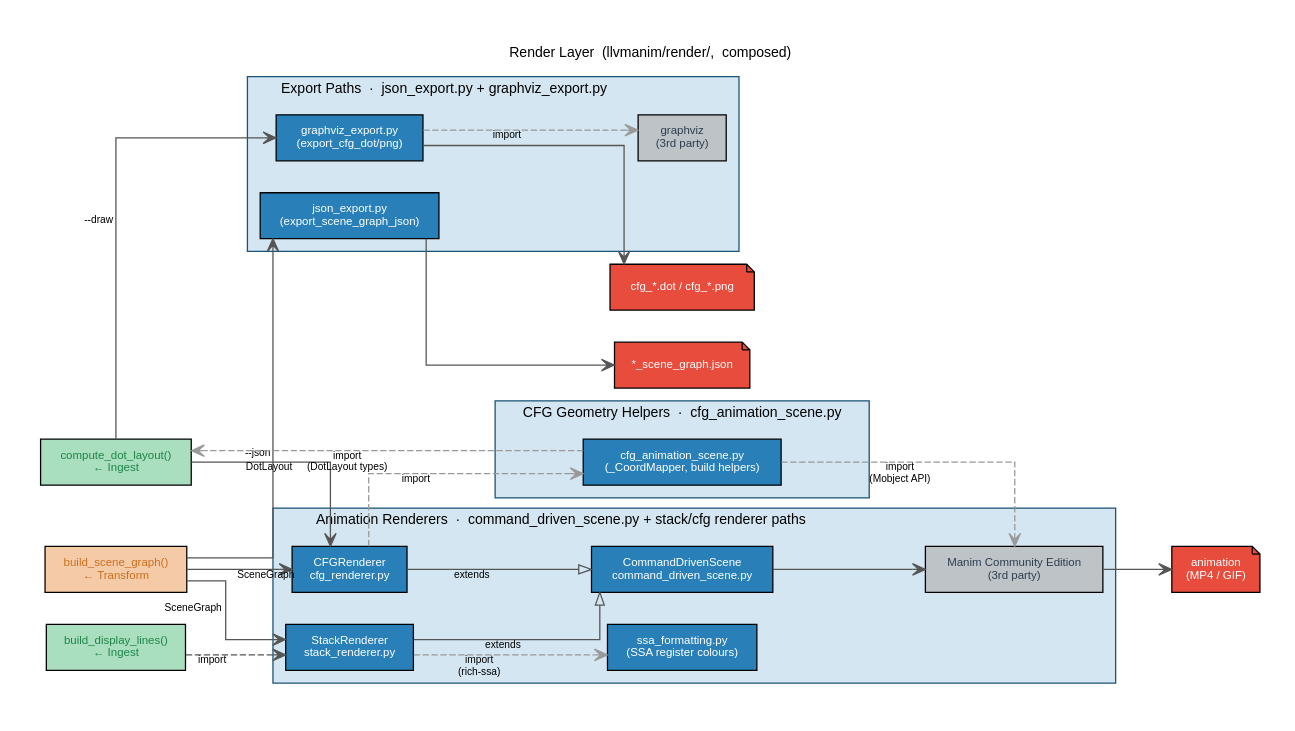
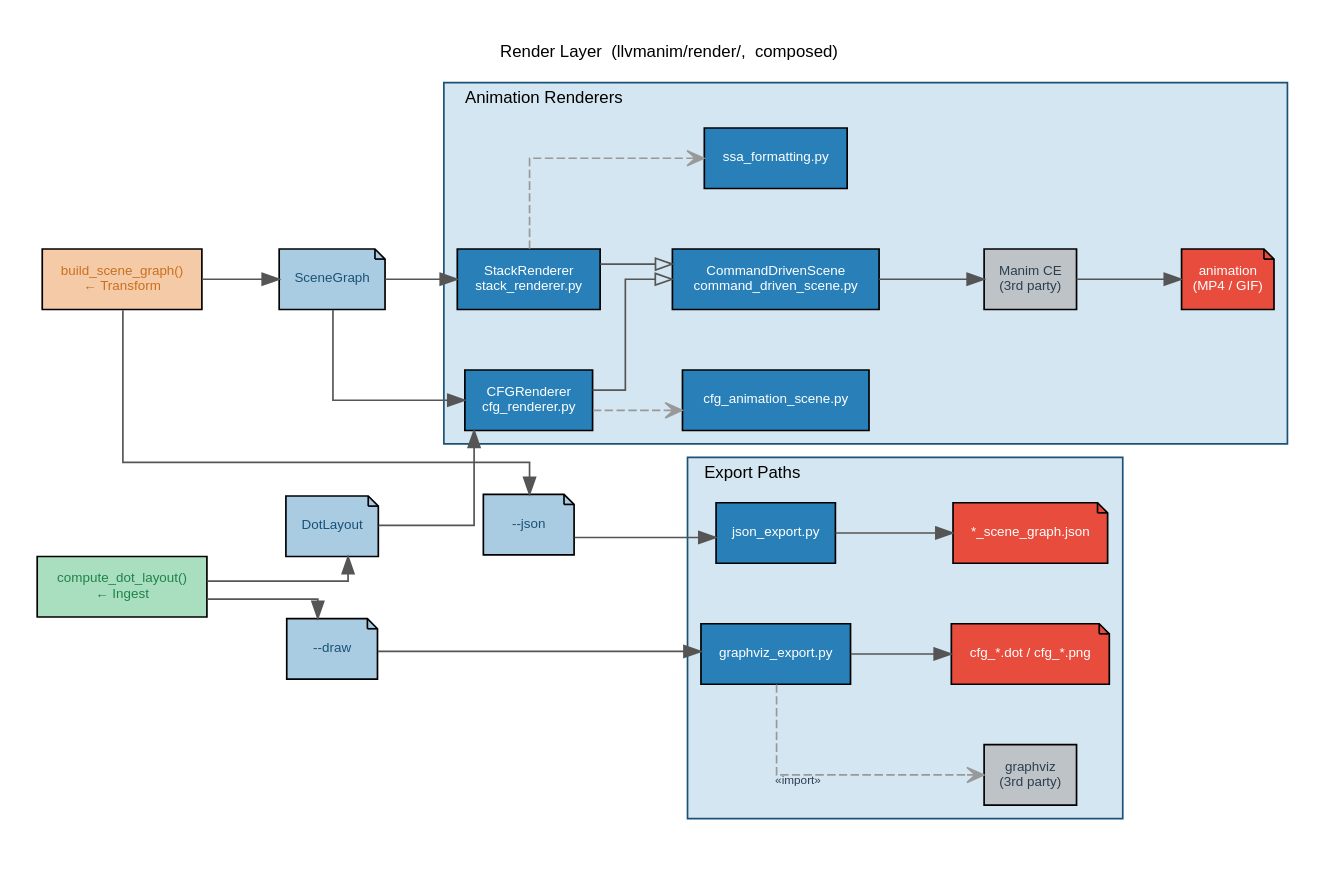
Before and after one commit to BenHoule/LLVManim: the diagram in docs/architecture/01_architecture_overview/01d_render_layer/dots/01d_render_layer.dot, drawn with Graphviz. The commit also changed 77 other files, not shown here.

First line of the commit message:
Add CLI dispatch architecture images

```diff
--- a/docs/architecture/01_architecture_overview/01d_render_layer/dots/01d_render_layer.dot
+++ b/docs/architecture/01_architecture_overview/01d_render_layer/dots/01d_render_layer.dot
@@ -1,124 +1,114 @@
 /**
  * 01d_render_layer.dot  (composed)
  *
  * Full Render layer detail. Composed from the three subgraphs:
  *
  *   01d1_animation_renderers.dot — animation renderer runtime and mode paths
  *   01d2_cfg_renderer.dot        — cfg_animation_scene.py detail
  *   01d3_export.dot              — JSON and DOT/PNG export paths
+ *
+ * Render:
+ *   dot -Tpdf 01d_render_layer.dot -o ../01d_render_layer.pdf
  */
 digraph render_layer {
     graph [
         rankdir  = LR
-        fontname = "Helvetica" fontsize = 11
+        fontname = "Helvetica" fontsize = 10
         label    = "Render Layer  (llvmanim/render/,  composed)"
         labelloc = t
         splines  = ortho
-        nodesep  = 0.35
-        ranksep  = 0.75
-        pad      = 0.3
+        nodesep  = 0.5
+        ranksep  = 0.6
+        pad      = 0.2
         bgcolor  = "white"
-        size     = "10.5,7.0"
-        ratio    = compress
     ]
-    node [fontname="Helvetica" fontsize=9 style=filled shape=box margin="0.12,0.06"]
-    edge [fontname="Helvetica" fontsize=8 arrowhead=open color="#555555"]
+    node [fontname="Helvetica" fontsize=8 style=filled shape=box margin="0.08,0.04"]
+    edge [fontname="Helvetica" fontsize=7 arrowhead=normal color="#555555"]
 
-    /* ── Shared ingest / transform stubs ────────────────────────── */
-    build_sg      [label="build_scene_graph()\n← Transform" fillcolor="#f5cba7" fontcolor="#ca6f1e"]
-    dot_layout    [label="compute_dot_layout()\n← Ingest"   fillcolor="#a9dfbf" fontcolor="#1e8449"]
-    display_lines [label="build_display_lines()\n← Ingest"  fillcolor="#a9dfbf" fontcolor="#1e8449"]
-
-    /* ── Outputs ─────────────────────────────────────────────────── */
-    out_anim [label="animation\n(MP4 / GIF)" fillcolor="#e74c3c" fontcolor="white" shape=note]
-    out_json [label="*_scene_graph.json" fillcolor="#e74c3c" fontcolor="white" shape=note]
-    out_dot  [label="cfg_*.dot / cfg_*.png" fillcolor="#e74c3c" fontcolor="white" shape=note]
+    /* ── Transform / Ingest stubs ───────────────────────────────── */
+    build_sg   [label="build_scene_graph()\n← Transform" fillcolor="#f5cba7" fontcolor="#ca6f1e"]
+    dot_layout [label="compute_dot_layout()\n← Ingest"   fillcolor="#a9dfbf" fontcolor="#1e8449"]
 
     /* ══════════════════════════════════════════════════════════════
        ANIMATION RENDERERS
        source: 01d1_animation_renderers.dot
     ══════════════════════════════════════════════════════════════ */
     subgraph cluster_animation_renderers {
 
-        label     = "Animation Renderers  ·  command_driven_scene.py + stack/cfg renderer paths"
+        label     = "Animation Renderers"
         style     = filled
         fillcolor = "#d4e6f1"
         color     = "#1a5276"
-        margin    = 10
+        margin    = 8
         labeljust = l
 
-        cmd_scene      [label="CommandDrivenScene\ncommand_driven_scene.py"
-                        fillcolor="#2980b9" fontcolor="white"]
         stack_renderer [label="StackRenderer\nstack_renderer.py"
                         fillcolor="#2980b9" fontcolor="white"]
         cfg_renderer   [label="CFGRenderer\ncfg_renderer.py"
                         fillcolor="#2980b9" fontcolor="white"]
-        ssa_fmt        [label="ssa_formatting.py\n(SSA register colours)"
+        ssa_fmt        [label="ssa_formatting.py"
                         fillcolor="#2980b9" fontcolor="white"]
-        manim_ce       [label="Manim Community Edition\n(3rd party)"
+        cfg_anim_scene [label="cfg_animation_scene.py"
+                        fillcolor="#2980b9" fontcolor="white"]
+        cmd_scene      [label="CommandDrivenScene\ncommand_driven_scene.py"
+                        fillcolor="#2980b9" fontcolor="white"]
+        manim_ce       [label="Manim CE\n(3rd party)"
                         fillcolor="#bdc3c7" fontcolor="#2c3e50"]
-    }
+        out_anim       [label="animation\n(MP4 / GIF)" fillcolor="#e74c3c" fontcolor="white" shape=note]
 
-    /* ══════════════════════════════════════════════════════════════
-       CFG ANIMATION SCENE DETAIL
-       source: 01d2_cfg_renderer.dot
-    ══════════════════════════════════════════════════════════════ */
-    subgraph cluster_cfg_anim_scene_detail {
-
-        label     = "CFG Geometry Helpers  ·  cfg_animation_scene.py"
-        style     = filled
-        fillcolor = "#d4e6f1"
-        color     = "#1a5276"
-        margin    = 10
-        labeljust = l
-
-        cfg_anim_scene [label="cfg_animation_scene.py\n(_CoordMapper, build helpers)"
-                        fillcolor="#2980b9" fontcolor="white"]
+        stack_renderer -> ssa_fmt        [style=dashed arrowhead=open color="#999999"]
+        cfg_renderer   -> cfg_anim_scene [style=dashed arrowhead=open color="#999999"]
+        stack_renderer -> cmd_scene      [arrowhead=empty]
+        cfg_renderer   -> cmd_scene      [arrowhead=empty]
+        cmd_scene      -> manim_ce
+        manim_ce       -> out_anim
     }
 
     /* ══════════════════════════════════════════════════════════════
        EXPORT PATHS
        source: 01d3_export.dot
     ══════════════════════════════════════════════════════════════ */
     subgraph cluster_export_paths {
 
-        label     = "Export Paths  ·  json_export.py + graphviz_export.py"
+        label     = "Export Paths"
         style     = filled
         fillcolor = "#d4e6f1"
         color     = "#1a5276"
-        margin    = 10
+        margin    = 8
         labeljust = l
 
-        json_export [label="json_export.py\n(export_scene_graph_json)"
+        json_export [label="json_export.py"
                      fillcolor="#2980b9" fontcolor="white"]
-        gviz_export [label="graphviz_export.py\n(export_cfg_dot/png)"
+        gviz_export [label="graphviz_export.py"
                      fillcolor="#2980b9" fontcolor="white"]
         graphviz    [label="graphviz\n(3rd party)" fillcolor="#bdc3c7" fontcolor="#2c3e50"]
+        out_json    [label="*_scene_graph.json"    fillcolor="#e74c3c" fontcolor="white" shape=note]
+        out_dot     [label="cfg_*.dot / cfg_*.png" fillcolor="#e74c3c" fontcolor="white" shape=note]
+
+        gviz_export -> graphviz [style=dashed arrowhead=open xlabel="«import»" fontcolor="#2c3e50" color="#999999"]
+        json_export -> out_json
+        gviz_export -> out_dot
     }
 
-    /* ── Cross: transform/ingest → renderers ───────────────────── */
-    build_sg      -> stack_renderer [xlabel="SceneGraph"]
-    build_sg      -> cfg_renderer   [xlabel="SceneGraph"]
-    display_lines -> stack_renderer [style=dashed xlabel="import"]
-    dot_layout    -> cfg_renderer   [xlabel="DotLayout"]
+    /* ── Data nodes ─────────────────────────────────────────────── */
+    scene_graph     [label="SceneGraph"  fillcolor="#a9cce3" fontcolor="#1a5276" shape=note]
+    dot_layout_data [label="DotLayout"   fillcolor="#a9cce3" fontcolor="#1a5276" shape=note]
+    json_flag       [label="--json"      fillcolor="#a9cce3" fontcolor="#1a5276" shape=note]
+    draw_flag       [label="--draw"      fillcolor="#a9cce3" fontcolor="#1a5276" shape=note]
 
-    /* ── Cross: internal dependencies ───────────────────────────── */
-    stack_renderer -> ssa_fmt        [style=dashed xlabel="import\n(rich-ssa)" color="#999999"]
-    cfg_renderer   -> cfg_anim_scene [style=dashed xlabel="import" color="#999999"]
-    cfg_anim_scene -> dot_layout     [style=dashed xlabel="import\n(DotLayout types)" color="#999999"]
-    cfg_anim_scene -> manim_ce       [style=dashed xlabel="import\n(Mobject API)" color="#999999"]
+    /* ── Animation data flow ────────────────────────────────────── */
+    build_sg        -> scene_graph     [weight=10]
+    scene_graph     -> stack_renderer  [weight=10]
+    scene_graph     -> cfg_renderer
+    dot_layout      -> dot_layout_data
+    dot_layout_data -> cfg_renderer
 
-    /* ── Cross: inheritance + animation output ──────────────────── */
-    stack_renderer -> cmd_scene [arrowhead=empty xlabel="extends"]
-    cfg_renderer   -> cmd_scene [arrowhead=empty xlabel="extends"]
-    cmd_scene      -> manim_ce
-    manim_ce       -> out_anim
+    /* ── Export data flow ───────────────────────────────────────── */
+    build_sg   -> json_flag
+    json_flag  -> json_export
+    dot_layout -> draw_flag
+    draw_flag  -> gviz_export
 
-    /* ── Cross: export paths ────────────────────────────────────── */
-    build_sg    -> json_export [xlabel="--json"]
-    json_export -> out_json
-
-    dot_layout  -> gviz_export [xlabel="--draw"]
-    gviz_export -> out_dot
-    gviz_export -> graphviz [style=dashed xlabel="import" color="#999999"]
+    /* ── Ordering: animation cluster above export cluster ──────── */
+    stack_renderer -> json_export [style=invis]
 }
```
